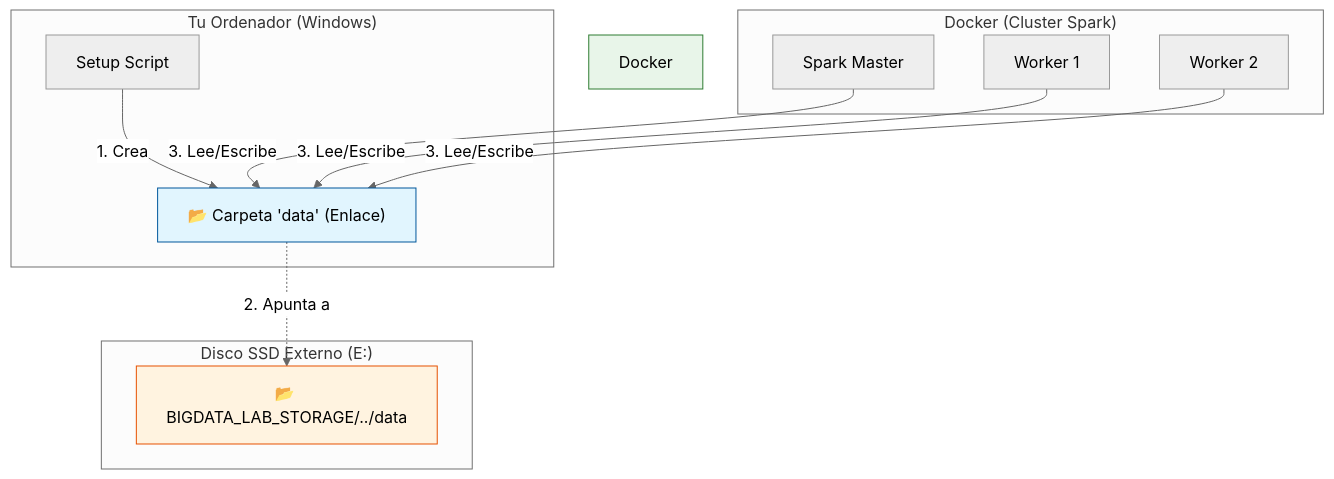
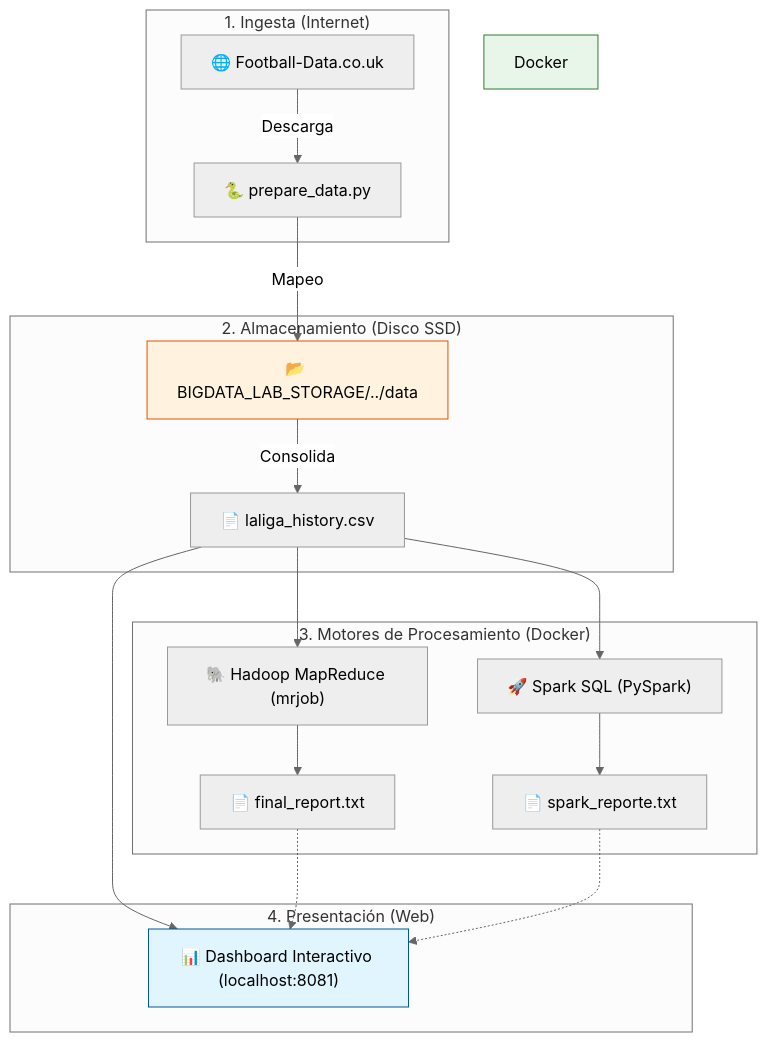
The diagram in README.md (alxz0212/Prueba_Script_Docker), drawn with Mermaid (neutral theme) before and after one commit. The commit also changed other lines of this file, not shown here.

Commit message:
Escribe aquí qué cambiaste

````diff
--- a/README.md
+++ b/README.md
@@ -18,25 +18,28 @@
 ```mermaid
 graph TD
-    subgraph "Tu Ordenador (Windows)"
-        Script["Setup Script"] -- "1. Crea" --> Junction["📂 Carpeta 'data' (Enlace)"]
+    subgraph "1. Ingesta (Internet)"
+        Web["🌐 Football-Data.co.uk"] -- "Descarga" --> Prepare["🐍 prepare_data.py"]
     end
 
-    subgraph "Disco SSD Externo (E:)"
-        RealFolder["📂 BIGDATA_LAB_STORAGE/../data"]
+    subgraph "2. Almacenamiento (Disco SSD)"
+        Prepare -- "Mapeo" --> RealFolder["📂 BIGDATA_LAB_STORAGE/../data"]
+        RealFolder -- "Consolida" --> CSV["📄 laliga_history.csv"]
     end
 
-    subgraph "Docker (Cluster Spark)"
-        Master["Spark Master"]
-        Worker1["Worker 1"]
-        Worker2["Worker 2"]
+    subgraph "3. Motores de Procesamiento (Docker)"
+        CSV --> MR["🐘 Hadoop MapReduce (mrjob)"]
+        CSV --> SP["🚀 Spark SQL (PySpark)"]
+        MR --> Report1["📄 final_report.txt"]
+        SP --> Report2["📄 spark_reporte.txt"]
     end
 
-    Junction -.->|"2. Apunta a"| RealFolder
-    Master -->|"3. Lee/Escribe"| Junction
-    Worker1 -->|"3. Lee/Escribe"| Junction
-    Worker2 -->|"3. Lee/Escribe"| Junction
+    subgraph "4. Presentación (Web)"
+        CSV --> Dash["📊 Dashboard Interactivo (localhost:8081)"]
+        Report1 -.-> Dash
+        Report2 -.-> Dash
+    end
 
-    style Junction fill:#e1f5fe,stroke:#01579b
     style RealFolder fill:#fff3e0,stroke:#e65100
     style Docker fill:#e8f5e9,stroke:#2e7d32
+    style Dash fill:#e1f5fe,stroke:#01579b
 ```
````
